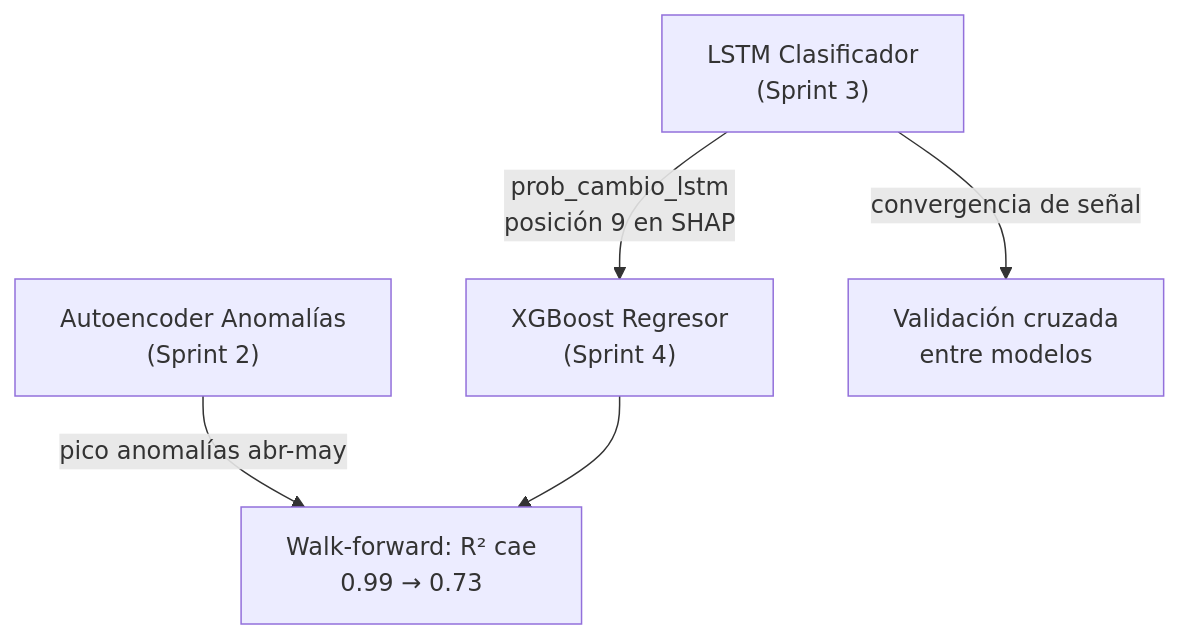
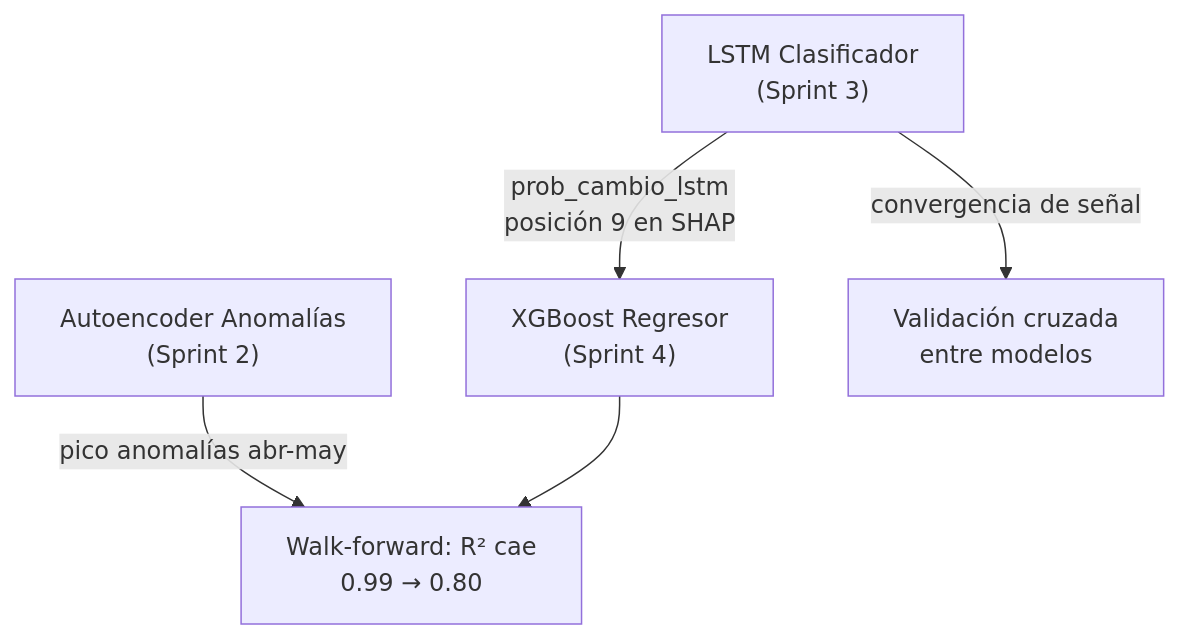
One commit to DanielPMdev/mercaintelligence changed the second of 2 diagrams in docs/analisis/xgboost/xgboost_prediccion_analisis.md. Above: the diagram before and after it, drawn with Mermaid. The commit also changed other lines of this file and 45 other files, not shown here.

````diff
--- a/docs/analisis/xgboost/xgboost_prediccion_analisis.md
+++ b/docs/analisis/xgboost/xgboost_prediccion_analisis.md
@@ -290,7 +297,7 @@
 ```mermaid
 flowchart TD
     A["LSTM Clasificador<br/>(Sprint 3)"] -->|prob_cambio_lstm<br/>posición 9 en SHAP| B["XGBoost Regresor<br/>(Sprint 4)"]
-    C["Autoencoder Anomalías<br/>(Sprint 2)"] -->|pico anomalías abr-may| D["Walk-forward: R² cae<br/>0.99 → 0.73"]
+    C["Autoencoder Anomalías<br/>(Sprint 2)"] -->|pico anomalías abr-may| D["Walk-forward: R² cae<br/>0.99 → 0.80"]
     B --> D
     A -->|convergencia de señal| E["Validación cruzada<br/>entre modelos"]
 ```
````
